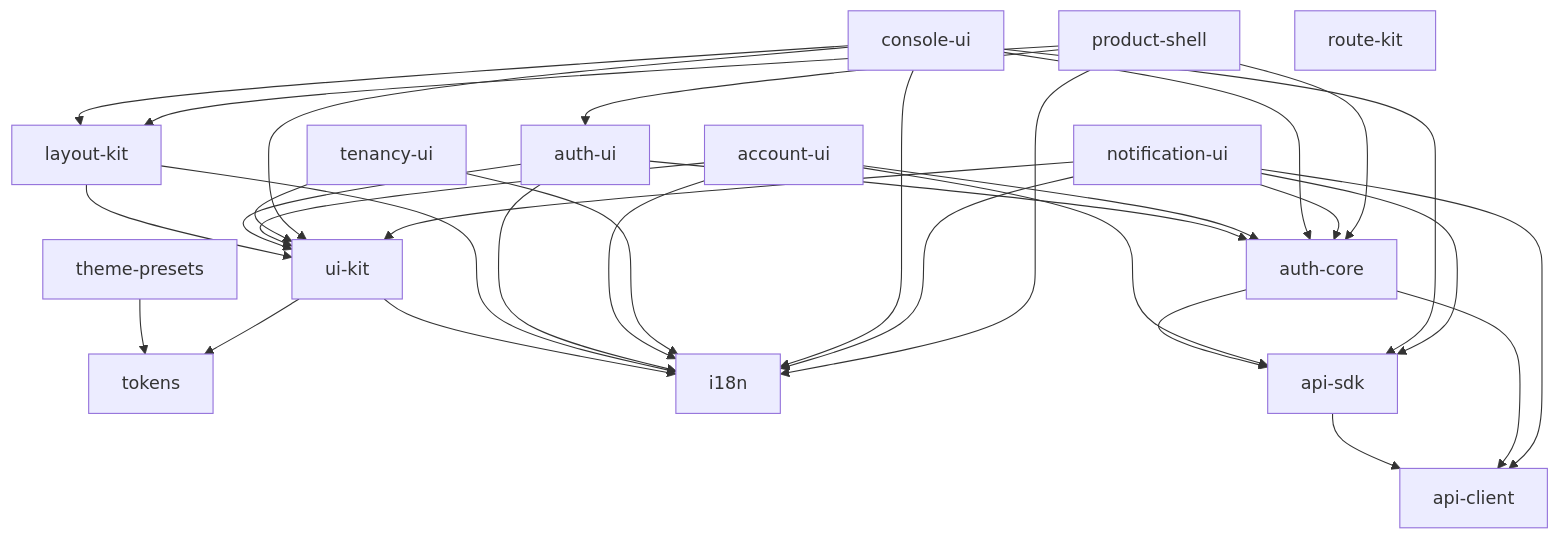
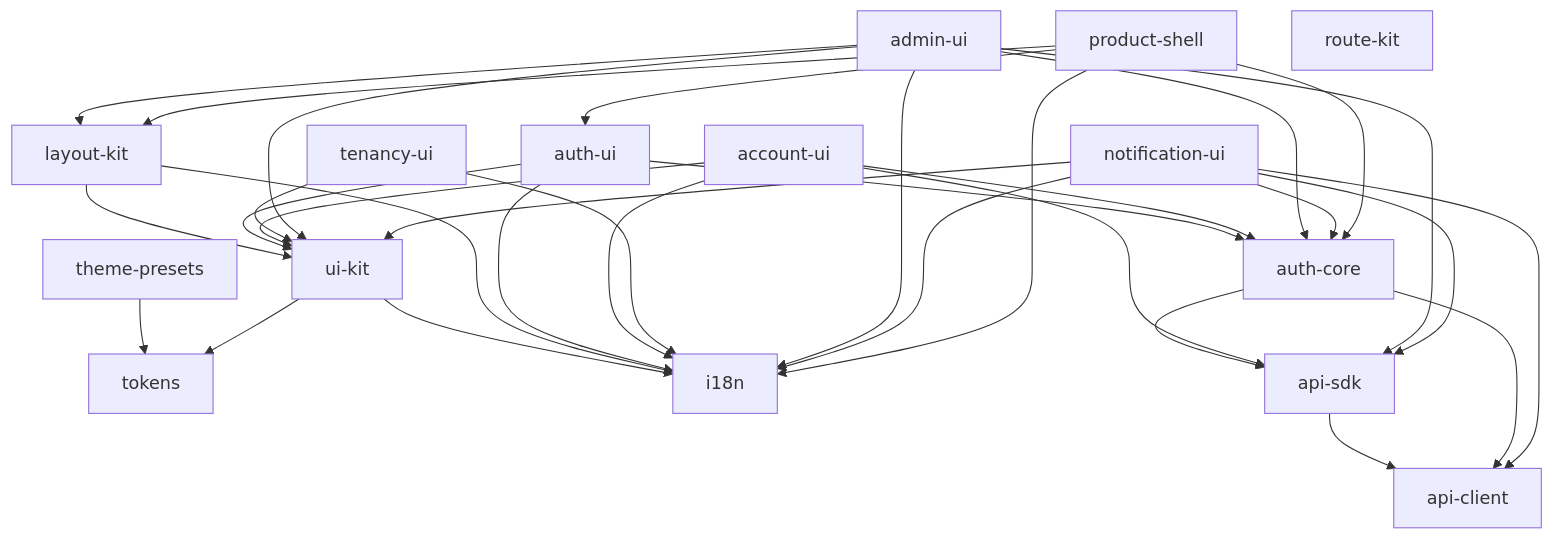
Before and after one commit to wangzw/speed: the diagram in docs/design/modules/web/design-web.md, drawn with Mermaid. The commit also changed other lines of this file and 43 other files, not shown here.

````diff
--- a/docs/design/modules/web/design-web.md
+++ b/docs/design/modules/web/design-web.md
@@ -161,38 +161,38 @@
 ```mermaid
 graph TD
     tokens
     theme-presets --> tokens
     i18n
     api-client
     ui-kit --> tokens
     ui-kit --> i18n
     layout-kit --> ui-kit
     layout-kit --> i18n
     api-sdk --> api-client
     auth-core --> api-sdk
     auth-core --> api-client
     auth-ui --> ui-kit
     auth-ui --> auth-core
     auth-ui --> i18n
     account-ui --> ui-kit
     account-ui --> auth-core
     account-ui --> i18n
     account-ui --> api-sdk
     tenancy-ui --> i18n
     tenancy-ui --> ui-kit
-    console-ui --> ui-kit
-    console-ui --> layout-kit
-    console-ui --> auth-core
-    console-ui --> api-sdk
-    console-ui --> i18n
+    admin-ui --> ui-kit
+    admin-ui --> layout-kit
+    admin-ui --> auth-core
+    admin-ui --> api-sdk
+    admin-ui --> i18n
     notification-ui --> ui-kit
     notification-ui --> i18n
     notification-ui --> auth-core
     notification-ui --> api-sdk
     notification-ui --> api-client
     product-shell --> layout-kit
     product-shell --> auth-ui
     product-shell --> auth-core
     product-shell --> i18n
     route-kit
 ```
````
